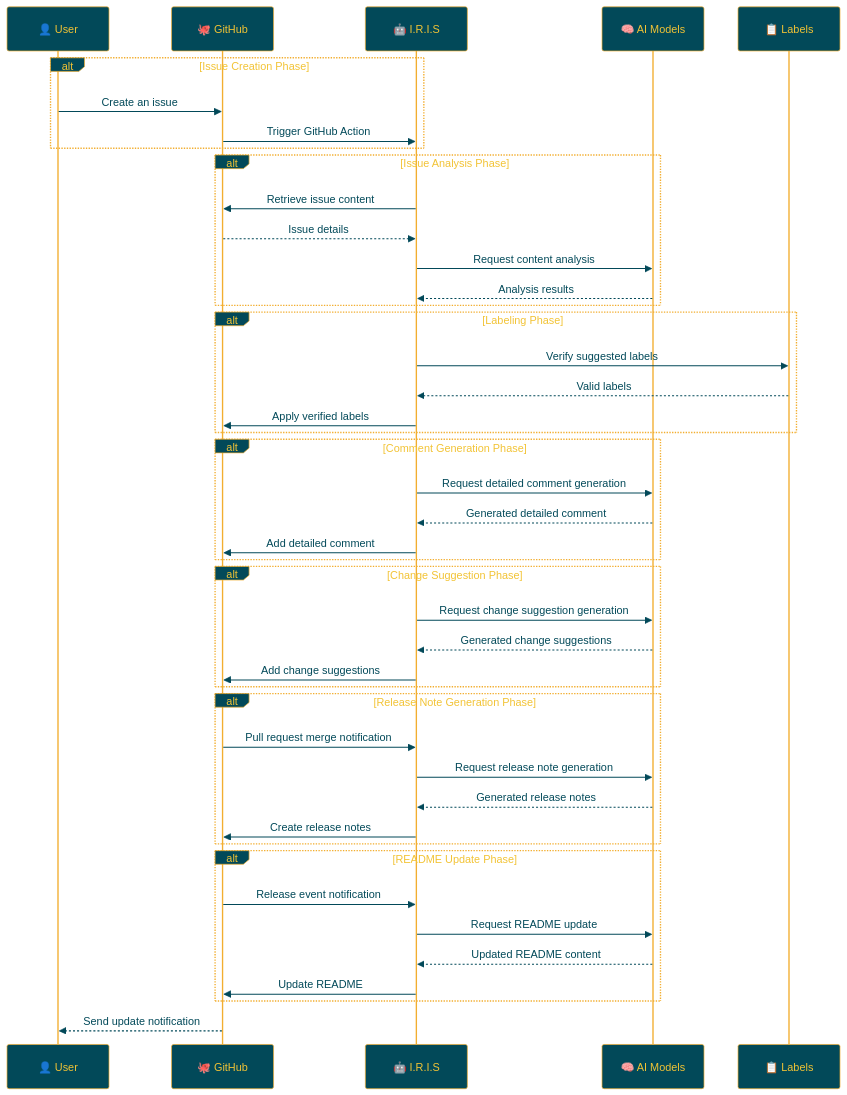
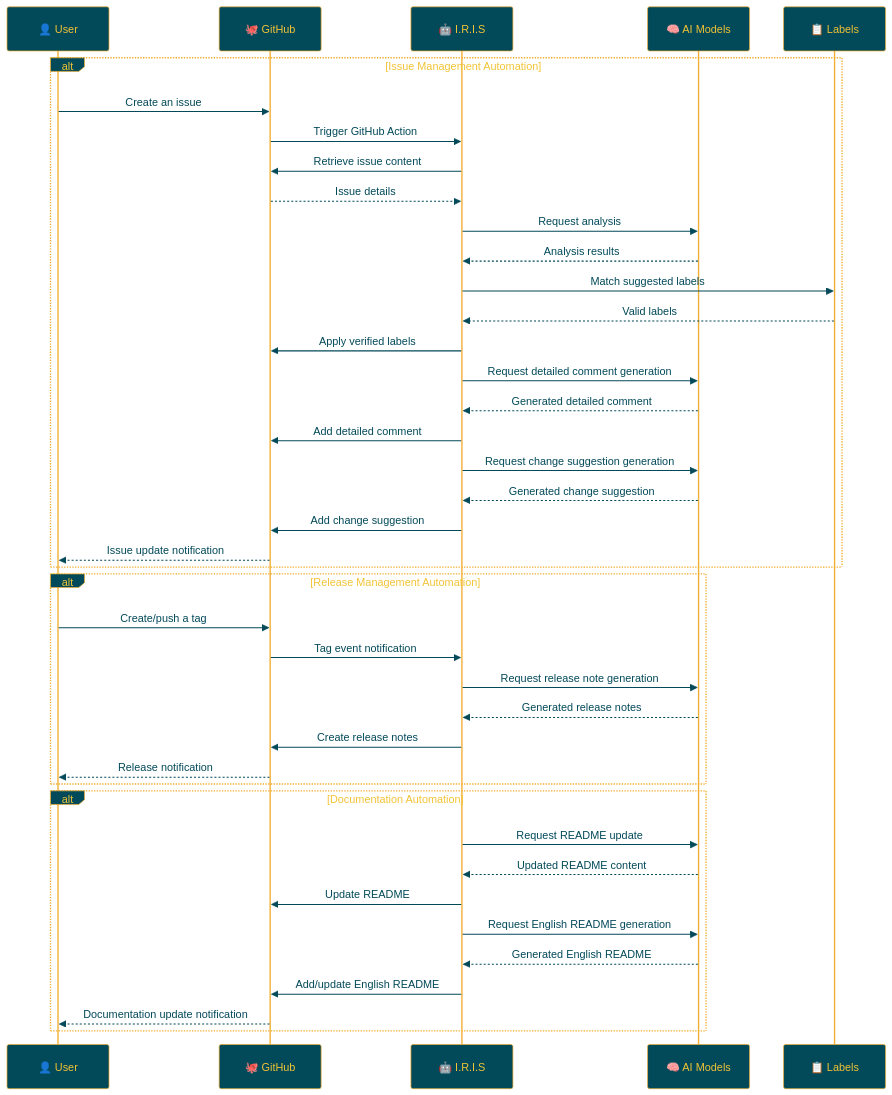
One commit to Sunwood-ai-labs/IRIS changed the diagram in docs/README.en.md. Above: the diagram before and after it, drawn with Mermaid. The commit also changed other lines of this file, not shown here.

````diff
--- a/docs/README.en.md
+++ b/docs/README.en.md
@@ -134,56 +199,48 @@
 ```mermaid
 %%{init:{'theme':'base','themeVariables':{'primaryColor':'#024959','primaryTextColor':'#F2C335','primaryBorderColor':'#F2AE30','lineColor':'#A1A2A6','secondaryColor':'#593E25','tertiaryColor':'#F2C335','noteTextColor':'#024959','noteBkgColor':'#F2C335','textColor':'#024959','fontSize':'18px'}}}%%
 
 sequenceDiagram
     participant User as 👤 User
     participant GitHub as 🐙 GitHub
     participant IRIS as 🤖 I.R.I.S
     participant AI as 🧠 AI Models
     participant Labels as 📋 Labels
 
-    alt Issue Creation Phase
+    alt Issue Management Automation
         User->>GitHub: Create an issue
         GitHub->>IRIS: Trigger GitHub Action
-    end
-
-    alt Issue Analysis Phase
         IRIS->>GitHub: Retrieve issue content
         GitHub-->>IRIS: Issue details
-        IRIS->>AI: Request content analysis
+        IRIS->>AI: Request analysis
         AI-->>IRIS: Analysis results
-    end
-
-    alt Labeling Phase
-        IRIS->>Labels: Verify suggested labels
+        IRIS->>Labels: Match suggested labels
         Labels-->>IRIS: Valid labels
         IRIS->>GitHub: Apply verified labels
-    end
-
-    alt Comment Generation Phase
         IRIS->>AI: Request detailed comment generation
         AI-->>IRIS: Generated detailed comment
         IRIS->>GitHub: Add detailed comment
+        IRIS->>AI: Request change suggestion generation
+        AI-->>IRIS: Generated change suggestion
+        IRIS->>GitHub: Add change suggestion
+        GitHub-->>User: Issue update notification
     end
 
-    alt Change Suggestion Phase
-        IRIS->>AI: Request change suggestion generation
-        AI-->>IRIS: Generated change suggestions
-        IRIS->>GitHub: Add change suggestions
-    end
-
-    alt Release Note Generation Phase
-        GitHub->>IRIS: Pull request merge notification
+    alt Release Management Automation
+        User->>GitHub: Create/push a tag
+        GitHub->>IRIS: Tag event notification
         IRIS->>AI: Request release note generation
         AI-->>IRIS: Generated release notes
         IRIS->>GitHub: Create release notes
+        GitHub-->>User: Release notification
     end
 
-    alt README Update Phase
-        GitHub->>IRIS: Release event notification
+    alt Documentation Automation
         IRIS->>AI: Request README update
         AI-->>IRIS: Updated README content
         IRIS->>GitHub: Update README
+        IRIS->>AI: Request English README generation
+        AI-->>IRIS: Generated English README
+        IRIS->>GitHub: Add/update English README
+        GitHub-->>User: Documentation update notification
     end
-
-    GitHub-->>User: Send update notification
 ```
````
